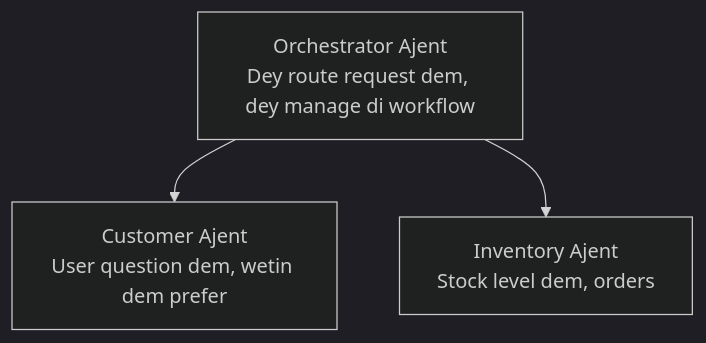
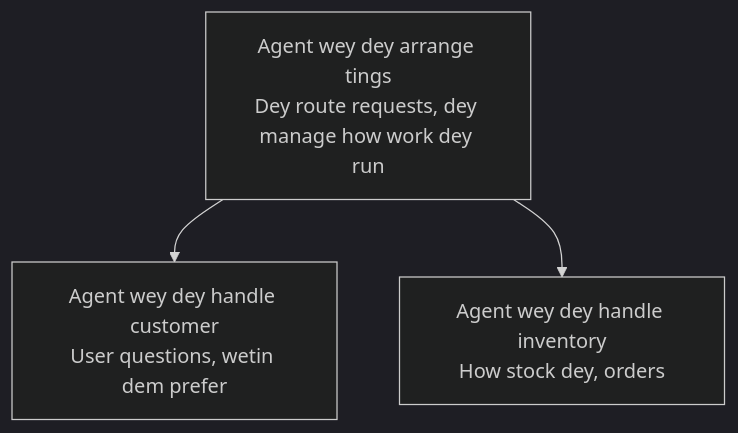
One commit to microsoft/AZD-for-beginners changed the diagram in translations/pcm/docs/chapter-05-multi-agent/README.md. Above: the diagram before and after it, drawn with Mermaid (dark theme). The commit also changed other lines of this file and 104 other files, not shown here.

````diff
--- a/translations/pcm/docs/chapter-05-multi-agent/README.md
+++ b/translations/pcm/docs/chapter-05-multi-agent/README.md
@@ -52,5 +54,5 @@
 ```mermaid
 graph TD
-    Orchestrator[Orchestrator Ajent<br/>Dey route request dem, dey manage di workflow] --> Customer[Customer Ajent<br/>User question dem, wetin dem prefer]
-    Orchestrator --> Inventory[Inventory Ajent<br/>Stock level dem, orders]
+    Orchestrator[Agent wey dey arrange tings<br/>Dey route requests, dey manage how work dey run] --> Customer[Agent wey dey handle customer<br/>User questions, wetin dem prefer]
+    Orchestrator --> Inventory[Agent wey dey handle inventory<br/>How stock dey, orders]
 ```
````
